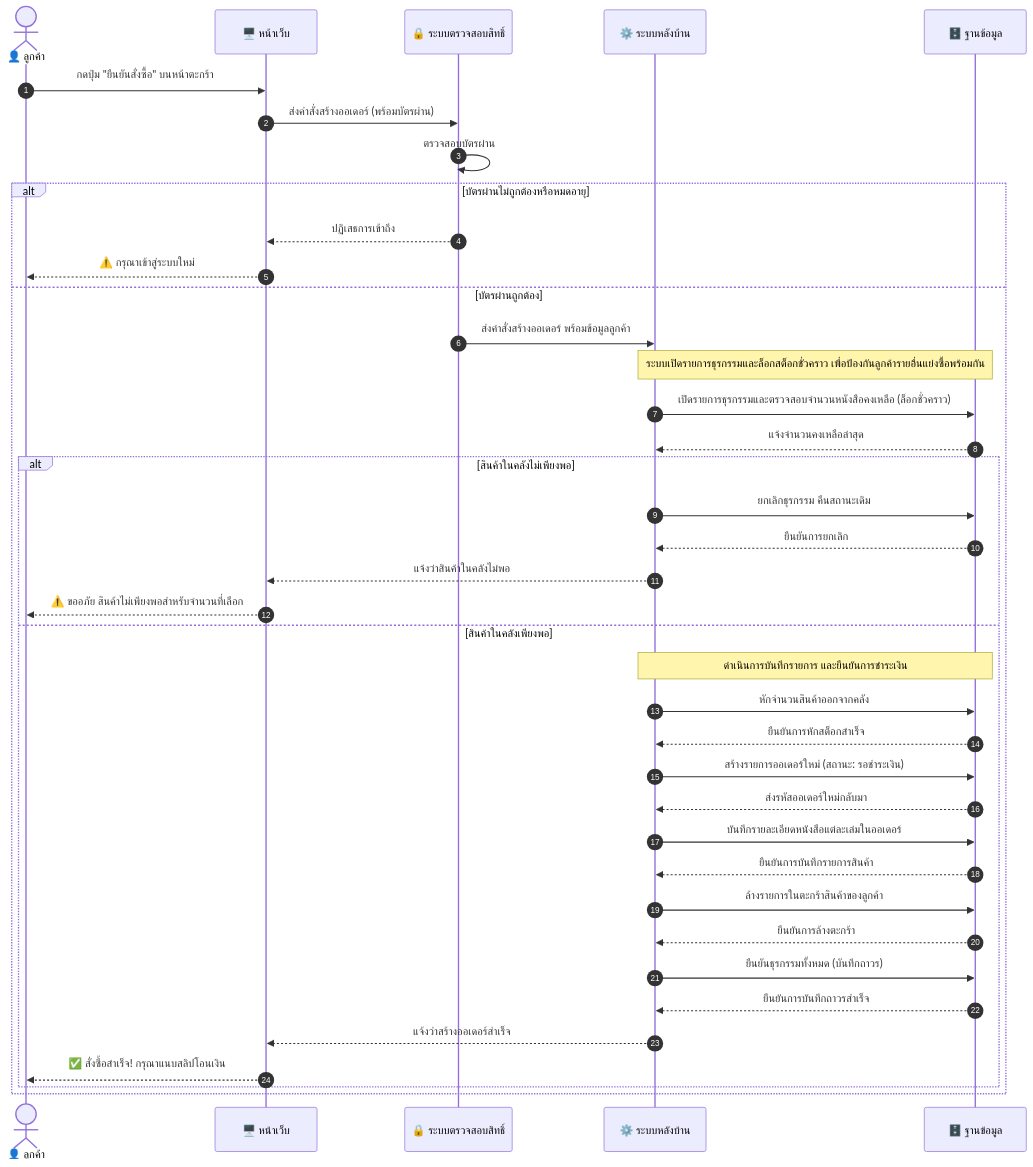
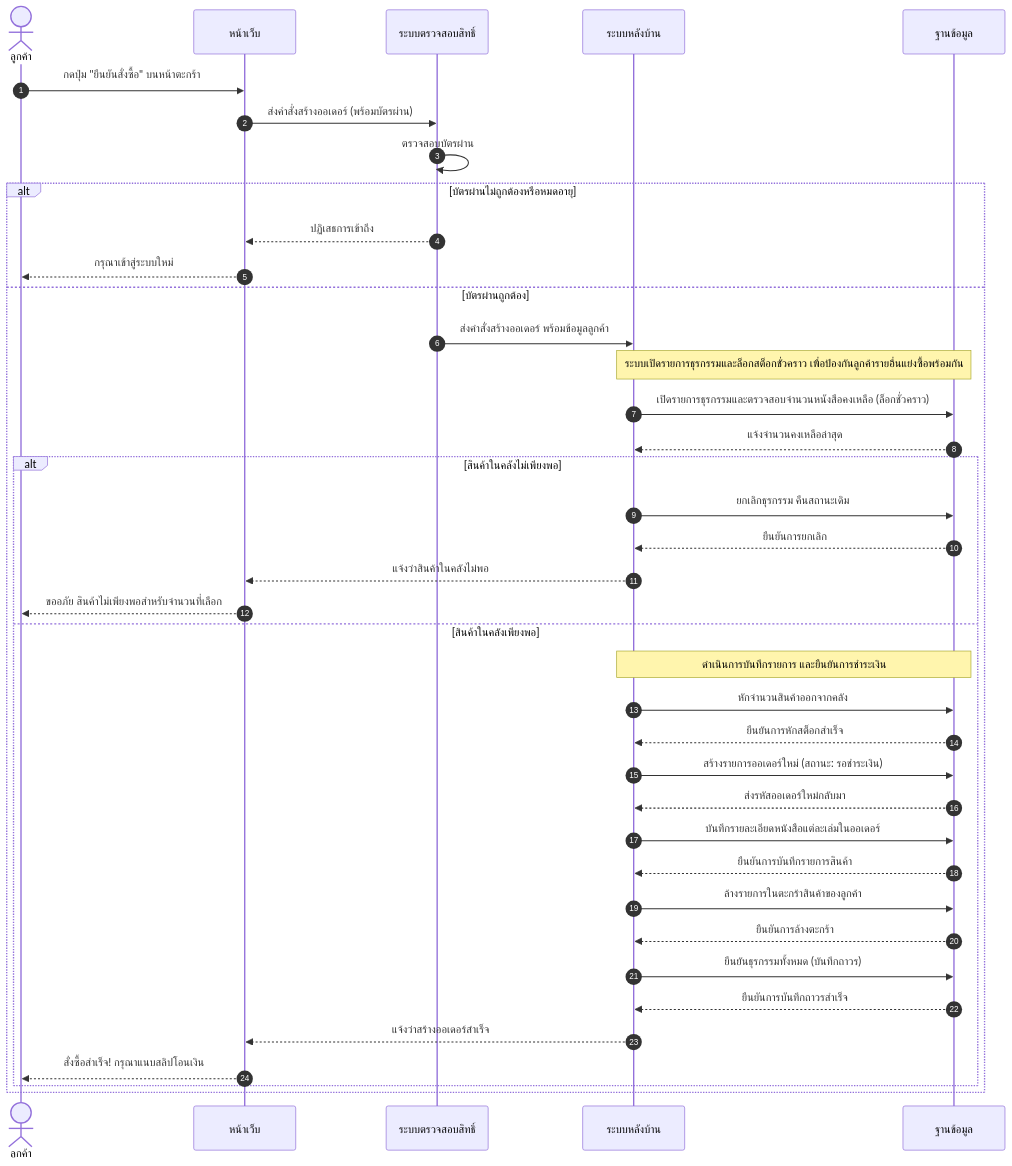
The sixth of 15 diagrams in diagram/Diagram.md (SupvichSpuGM/online-bookstore), drawn with Mermaid before and after one commit. The commit also changed other lines of this file and 1 other file, not shown here.

````diff
--- a/diagram/Diagram.md
+++ b/diagram/Diagram.md
@@ -408,42 +421,42 @@
 ```mermaid
 sequenceDiagram
-    autonumber
-    actor Customer as 👤 ลูกค้า
-    participant Web as 🖥️ หน้าเว็บ
-    participant Guard as 🔒 ระบบตรวจสอบสิทธิ์
-    participant App as ⚙️ ระบบหลังบ้าน
-    participant DB as 🗄️ ฐานข้อมูล
+  autonumber
+  actor Customer as ลูกค้า
+  participant Web as หน้าเว็บ
+  participant Guard as ระบบตรวจสอบสิทธิ์
+  participant App as ระบบหลังบ้าน
+  participant DB as ฐานข้อมูล
 
-    Customer->>Web: กดปุ่ม "ยืนยันสั่งซื้อ" บนหน้าตะกร้า
-    Web->>Guard: ส่งคำสั่งสร้างออเดอร์ (พร้อมบัตรผ่าน)
-    Guard->>Guard: ตรวจสอบบัตรผ่าน
-    alt บัตรผ่านไม่ถูกต้องหรือหมดอายุ
-        Guard-->>Web: ปฏิเสธการเข้าถึง
-        Web-->>Customer: ⚠️ กรุณาเข้าสู่ระบบใหม่
-    else บัตรผ่านถูกต้อง
-        Guard->>App: ส่งคำสั่งสร้างออเดอร์ พร้อมข้อมูลลูกค้า
-        Note over App, DB: ระบบเปิดรายการธุรกรรมและล็อกสต็อกชั่วคราว เพื่อป้องกันลูกค้ารายอื่นแย่งซื้อพร้อมกัน
-        App->>DB: เปิดรายการธุรกรรมและตรวจสอบจำนวนหนังสือคงเหลือ (ล็อกชั่วคราว)
-        DB-->>App: แจ้งจำนวนคงเหลือล่าสุด
-        alt สินค้าในคลังไม่เพียงพอ
-            App->>DB: ยกเลิกธุรกรรม คืนสถานะเดิม
-            DB-->>App: ยืนยันการยกเลิก
-            App-->>Web: แจ้งว่าสินค้าในคลังไม่พอ
-            Web-->>Customer: ⚠️ ขออภัย สินค้าไม่เพียงพอสำหรับจำนวนที่เลือก
-        else สินค้าในคลังเพียงพอ
-            Note over App, DB: ดำเนินการบันทึกรายการ และยืนยันการชำระเงิน
-            App->>DB: หักจำนวนสินค้าออกจากคลัง
-            DB-->>App: ยืนยันการหักสต็อกสำเร็จ
-            App->>DB: สร้างรายการออเดอร์ใหม่ (สถานะ: รอชำระเงิน)
-            DB-->>App: ส่งรหัสออเดอร์ใหม่กลับมา
-            App->>DB: บันทึกรายละเอียดหนังสือแต่ละเล่มในออเดอร์
-            DB-->>App: ยืนยันการบันทึกรายการสินค้า
-            App->>DB: ล้างรายการในตะกร้าสินค้าของลูกค้า
-            DB-->>App: ยืนยันการล้างตะกร้า
-            App->>DB: ยืนยันธุรกรรมทั้งหมด (บันทึกถาวร)
-            DB-->>App: ยืนยันการบันทึกถาวรสำเร็จ
-            App-->>Web: แจ้งว่าสร้างออเดอร์สำเร็จ
-            Web-->>Customer: ✅ สั่งซื้อสำเร็จ! กรุณาแนบสลิปโอนเงิน
-        end
+  Customer->>Web: กดปุ่ม "ยืนยันสั่งซื้อ" บนหน้าตะกร้า
+  Web->>Guard: ส่งคำสั่งสร้างออเดอร์ (พร้อมบัตรผ่าน)
+  Guard->>Guard: ตรวจสอบบัตรผ่าน
+  alt บัตรผ่านไม่ถูกต้องหรือหมดอายุ
+    Guard-->>Web: ปฏิเสธการเข้าถึง
+    Web-->>Customer: กรุณาเข้าสู่ระบบใหม่
+  else บัตรผ่านถูกต้อง
+    Guard->>App: ส่งคำสั่งสร้างออเดอร์ พร้อมข้อมูลลูกค้า
+    Note over App, DB: ระบบเปิดรายการธุรกรรมและล็อกสต็อกชั่วคราว เพื่อป้องกันลูกค้ารายอื่นแย่งซื้อพร้อมกัน
+    App->>DB: เปิดรายการธุรกรรมและตรวจสอบจำนวนหนังสือคงเหลือ (ล็อกชั่วคราว)
+    DB-->>App: แจ้งจำนวนคงเหลือล่าสุด
+    alt สินค้าในคลังไม่เพียงพอ
+      App->>DB: ยกเลิกธุรกรรม คืนสถานะเดิม
+      DB-->>App: ยืนยันการยกเลิก
+      App-->>Web: แจ้งว่าสินค้าในคลังไม่พอ
+      Web-->>Customer: ขออภัย สินค้าไม่เพียงพอสำหรับจำนวนที่เลือก
+    else สินค้าในคลังเพียงพอ
+      Note over App, DB: ดำเนินการบันทึกรายการ และยืนยันการชำระเงิน
+      App->>DB: หักจำนวนสินค้าออกจากคลัง
+      DB-->>App: ยืนยันการหักสต็อกสำเร็จ
+      App->>DB: สร้างรายการออเดอร์ใหม่ (สถานะ: รอชำระเงิน)
+      DB-->>App: ส่งรหัสออเดอร์ใหม่กลับมา
+      App->>DB: บันทึกรายละเอียดหนังสือแต่ละเล่มในออเดอร์
+      DB-->>App: ยืนยันการบันทึกรายการสินค้า
+      App->>DB: ล้างรายการในตะกร้าสินค้าของลูกค้า
+      DB-->>App: ยืนยันการล้างตะกร้า
+      App->>DB: ยืนยันธุรกรรมทั้งหมด (บันทึกถาวร)
+      DB-->>App: ยืนยันการบันทึกถาวรสำเร็จ
+      App-->>Web: แจ้งว่าสร้างออเดอร์สำเร็จ
+      Web-->>Customer: สั่งซื้อสำเร็จ! กรุณาแนบสลิปโอนเงิน
     end
+  end
 ```
````
